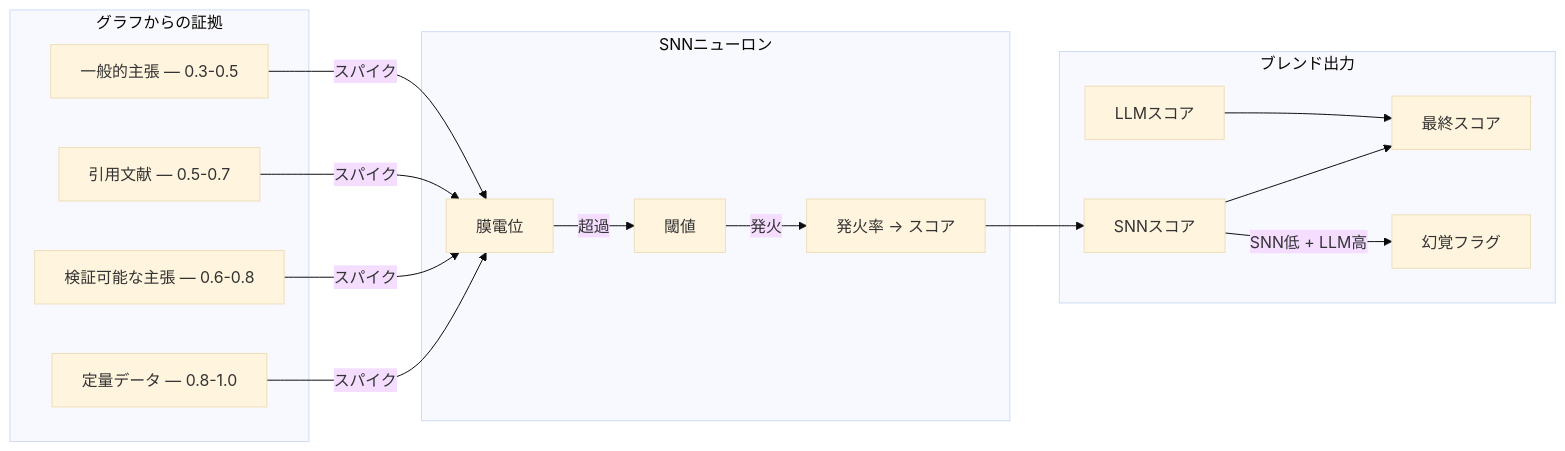
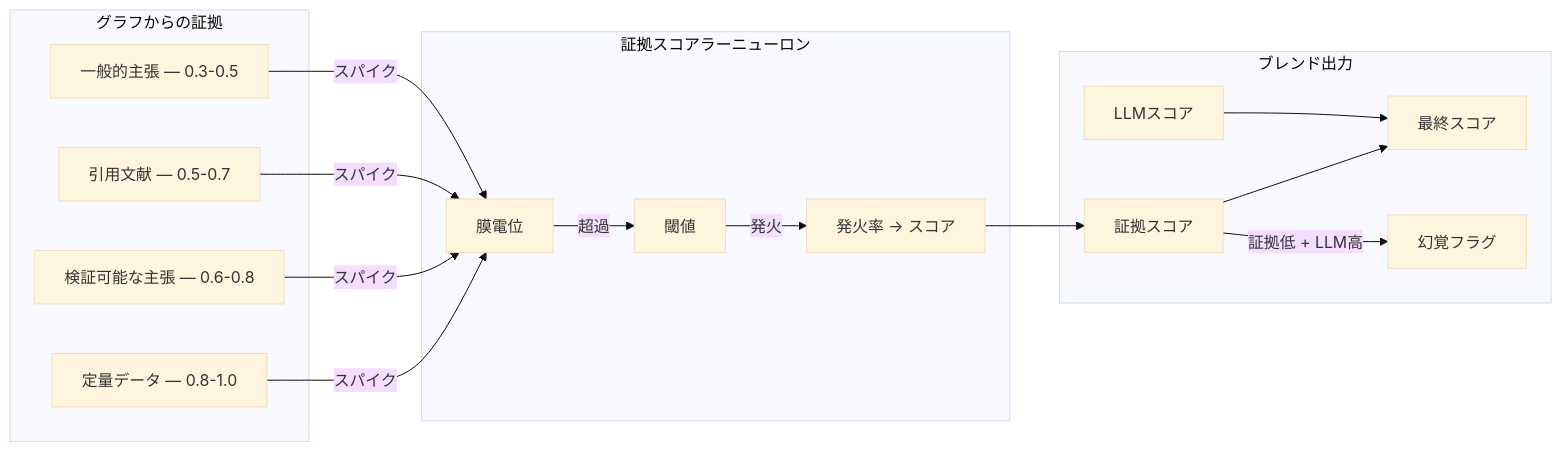
Before and after one commit to fabio-rovai/brain-in-the-fish: the third of 4 diagrams in README-JP.md, drawn with Mermaid (base theme). The commit also changed other lines of this file and 3 other files, not shown here.

````diff
--- a/README-JP.md
+++ b/README-JP.md
@@ -189,28 +191,28 @@
 ```mermaid
 graph LR
     subgraph "グラフからの証拠"
         QD[定量データ — 0.8-1.0]
         VC[検証可能な主張 — 0.6-0.8]
         CI[引用文献 — 0.5-0.7]
         GC[一般的主張 — 0.3-0.5]
     end
 
-    subgraph "SNNニューロン"
+    subgraph "証拠スコアラーニューロン"
         MP[膜電位]
         TH[閾値]
         FR[発火率 → スコア]
     end
 
     subgraph "ブレンド出力"
-        SS[SNNスコア]
+        SS[証拠スコア]
         LS[LLMスコア]
         FS[最終スコア]
         HF[幻覚フラグ]
     end
 
     QD & VC & CI & GC -->|スパイク| MP
     MP -->|超過| TH -->|発火| FR
     FR --> SS
     SS & LS --> FS
-    SS -->|"SNN低 + LLM高"| HF
+    SS -->|"証拠低 + LLM高"| HF
 ```
````
